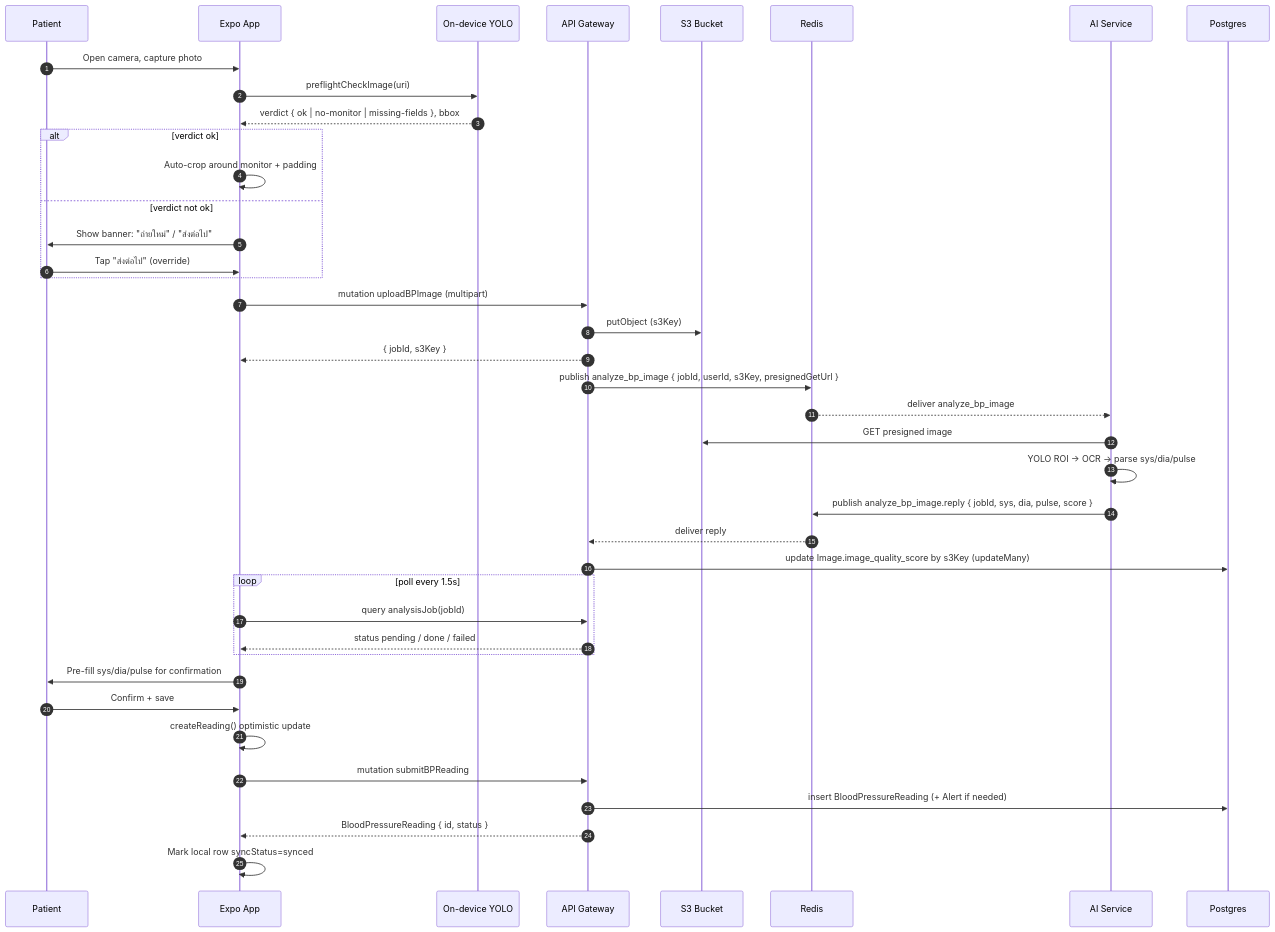
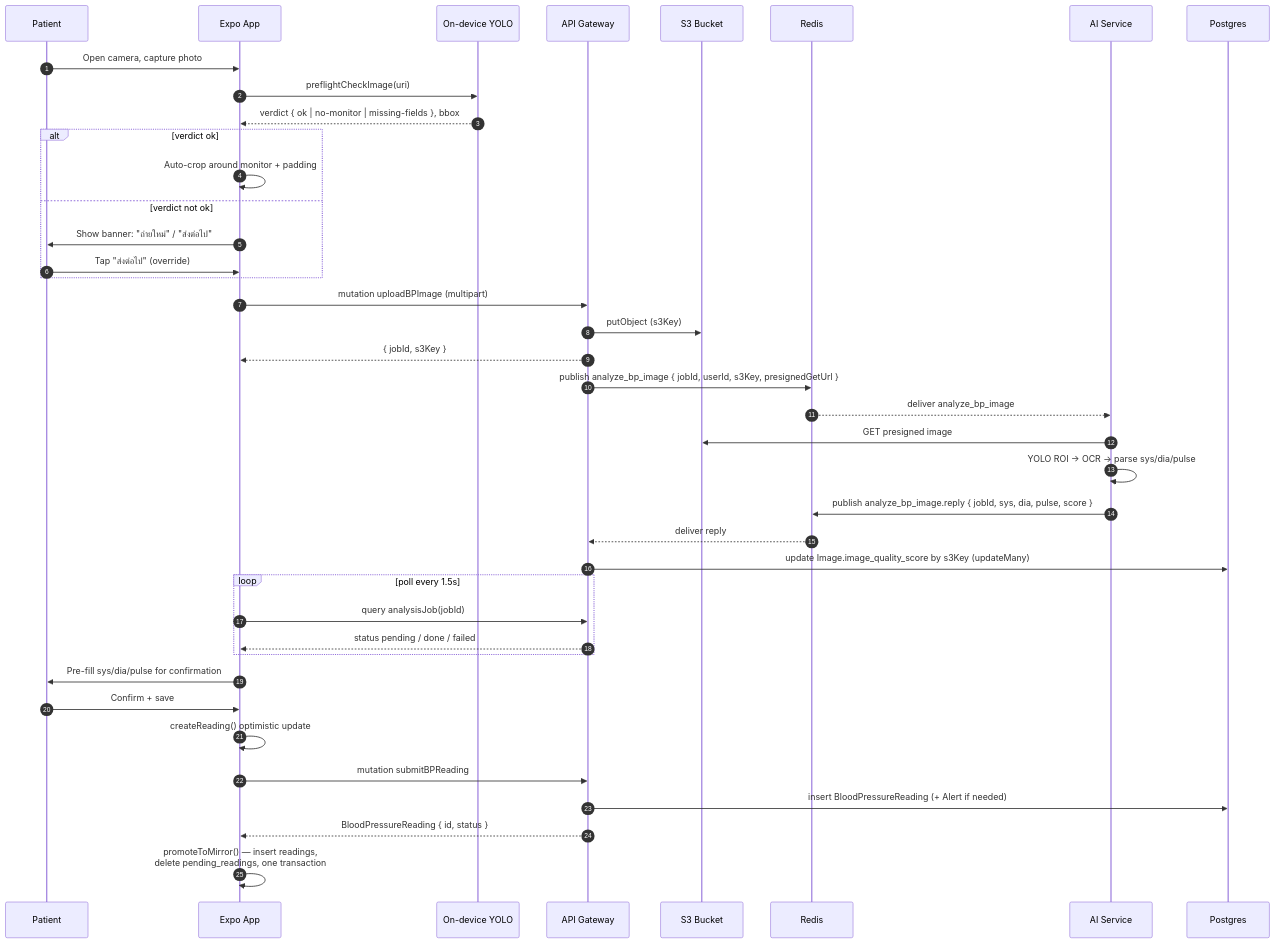
Before and after one commit to vanTHkrab/BP-Monitor-Application: the diagram in docs/architecture/sequence-bp-capture.md, drawn with Mermaid. The commit also changed 3 other files, not shown here.

````diff
--- a/docs/architecture/sequence-bp-capture.md
+++ b/docs/architecture/sequence-bp-capture.md
@@ -19,47 +19,47 @@
 ```mermaid
 sequenceDiagram
     autonumber
     participant U as Patient
     participant App as Expo App
     participant YOLO as On-device YOLO
     participant GW as API Gateway
     participant S3 as S3 Bucket
     participant R as Redis
     participant AI as AI Service
     participant PG as Postgres
 
     U->>App: Open camera, capture photo
     App->>YOLO: preflightCheckImage(uri)
     YOLO-->>App: verdict { ok | no-monitor | missing-fields }, bbox
 
     alt verdict ok
         App->>App: Auto-crop around monitor + padding
     else verdict not ok
         App->>U: Show banner: "ถ่ายใหม่" / "ส่งต่อไป"
         U->>App: Tap "ส่งต่อไป" (override)
     end
 
     App->>GW: mutation uploadBPImage (multipart)
     GW->>S3: putObject (s3Key)
     GW-->>App: { jobId, s3Key }
     GW->>R: publish analyze_bp_image { jobId, userId, s3Key, presignedGetUrl }
     R-->>AI: deliver analyze_bp_image
     AI->>S3: GET presigned image
     AI->>AI: YOLO ROI → OCR → parse sys/dia/pulse
     AI->>R: publish analyze_bp_image.reply { jobId, sys, dia, pulse, score }
     R-->>GW: deliver reply
     GW->>PG: update Image.image_quality_score by s3Key (updateMany)
 
     loop poll every 1.5s
         App->>GW: query analysisJob(jobId)
         GW-->>App: status pending / done / failed
     end
 
     App->>U: Pre-fill sys/dia/pulse for confirmation
     U->>App: Confirm + save
     App->>App: createReading() optimistic update
     App->>GW: mutation submitBPReading
     GW->>PG: insert BloodPressureReading (+ Alert if needed)
     GW-->>App: BloodPressureReading { id, status }
-    App->>App: Mark local row syncStatus=synced
+    App->>App: promoteToMirror() — insert readings,<br/>delete pending_readings, one transaction
 ```
````
